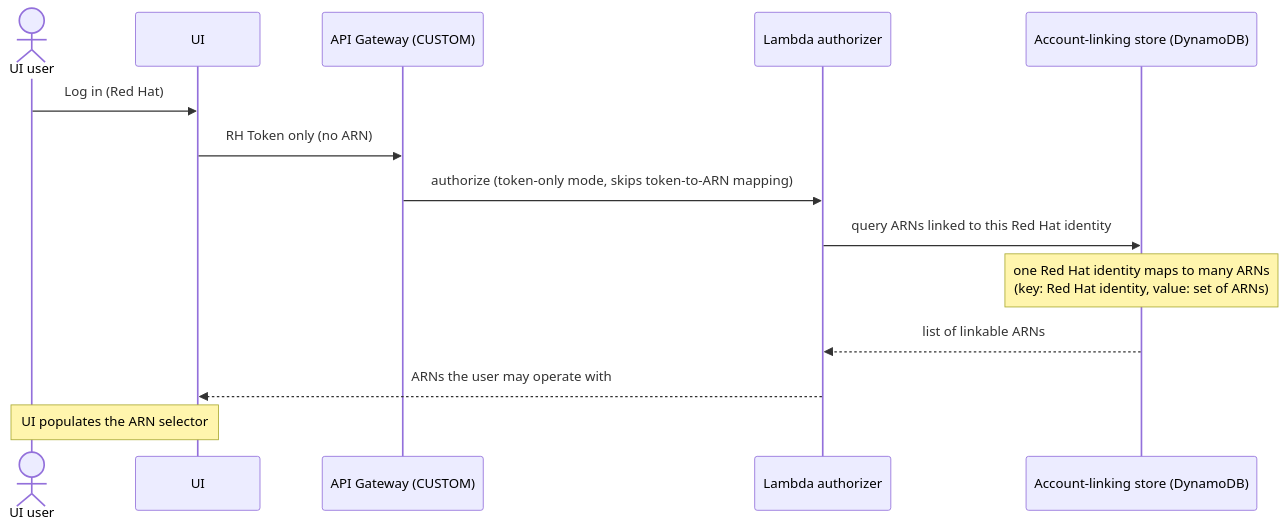
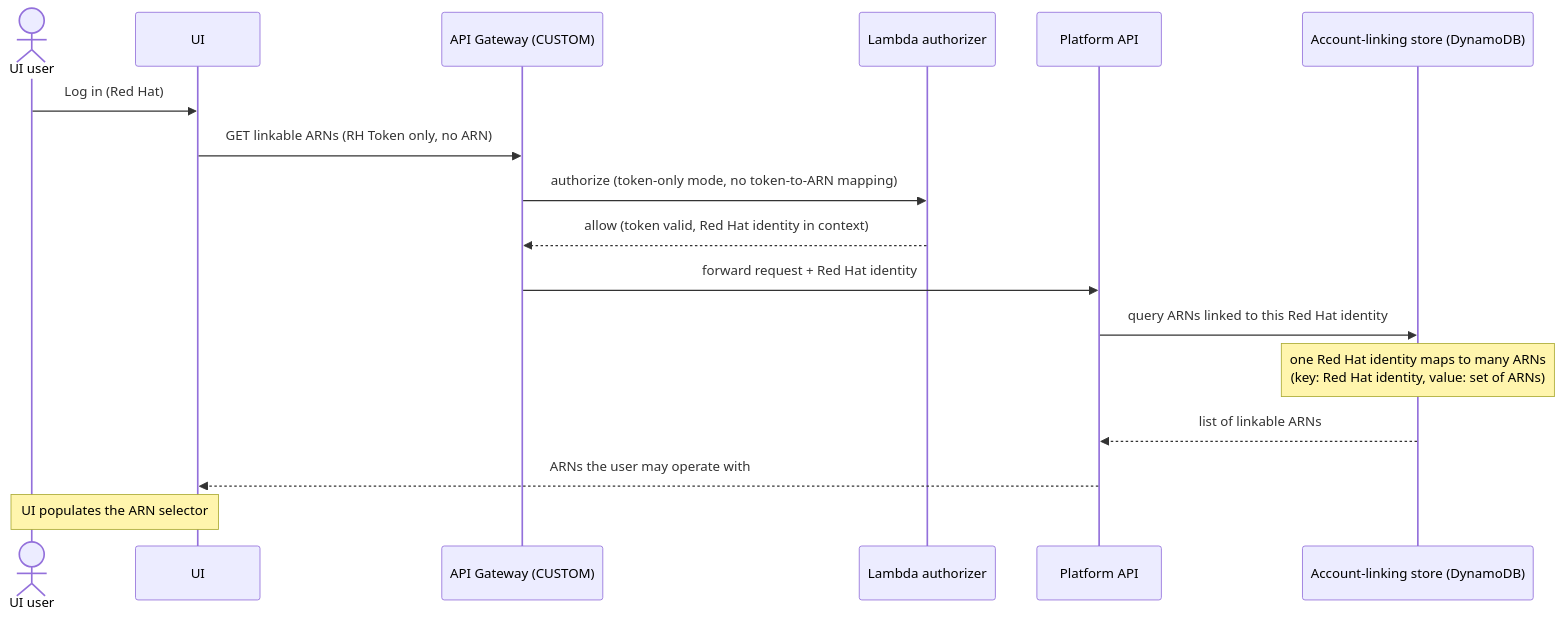
Before and after one commit to openshift-online/rosa-seaplane: the second of 5 diagrams in docs/design/preflight-and-ui-login-flows.md, drawn with Mermaid. The commit also changed other lines of this file, not shown here.

Commit message:
ROSAENG-65209: address CodeRabbit review on preflight/UI login ADR
- Flow 2a: return the linkable-ARN list via the Platform API endpoint
  integration; the Lambda authorizer only returns allow/deny.
- Clarify that account linking is a proven prerequisite: the AWS
  identity is established via SigV4 on the AWS_IAM gateway and the RH
  token is verified before the linkage record is written, so an unowned
  ARN cannot be linked; authorizer rejects unlinked/revoked ARNs.
  Reference rosa-seaplane-api docs/authz.md.
- Specify the authorizer cache key as (RH token, selected ARN) and keep
  the token-only Flow 2a request on a separate cache entry.
- Drop the inaccurate "Seaplane never stores the key" claim; state the
  key is read from Secrets Manager and persisted as a K8s Secret on MC.
- ExternalId: note the trust policy is rosa-CLI-generated, the gate
  requires the service-owned value on the assuming statement (not a
  wildcard or stray occurrence), and note the residual customer-edit risk.

````diff
--- a/docs/design/preflight-and-ui-login-flows.md
+++ b/docs/design/preflight-and-ui-login-flows.md
@@ -75,17 +77,20 @@
 ```mermaid
 sequenceDiagram
     actor User as UI user
     participant UI
     participant GW as API Gateway (CUSTOM)
     participant LA as Lambda authorizer
+    participant PA as Platform API
     participant DB as Account-linking store (DynamoDB)
 
     User->>UI: Log in (Red Hat)
-    UI->>GW: RH Token only (no ARN)
-    GW->>LA: authorize (token-only mode, skips token-to-ARN mapping)
-    LA->>DB: query ARNs linked to this Red Hat identity
+    UI->>GW: GET linkable ARNs (RH Token only, no ARN)
+    GW->>LA: authorize (token-only mode, no token-to-ARN mapping)
+    LA-->>GW: allow (token valid, Red Hat identity in context)
+    GW->>PA: forward request + Red Hat identity
+    PA->>DB: query ARNs linked to this Red Hat identity
     Note over DB: one Red Hat identity maps to many ARNs<br/>(key: Red Hat identity, value: set of ARNs)
-    DB-->>LA: list of linkable ARNs
-    LA-->>UI: ARNs the user may operate with
+    DB-->>PA: list of linkable ARNs
+    PA-->>UI: ARNs the user may operate with
     Note over User,UI: UI populates the ARN selector
 ```
````
